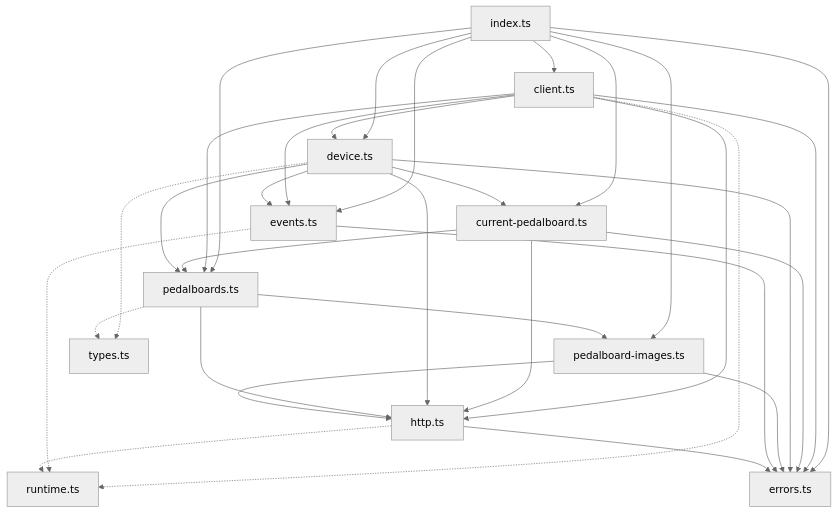
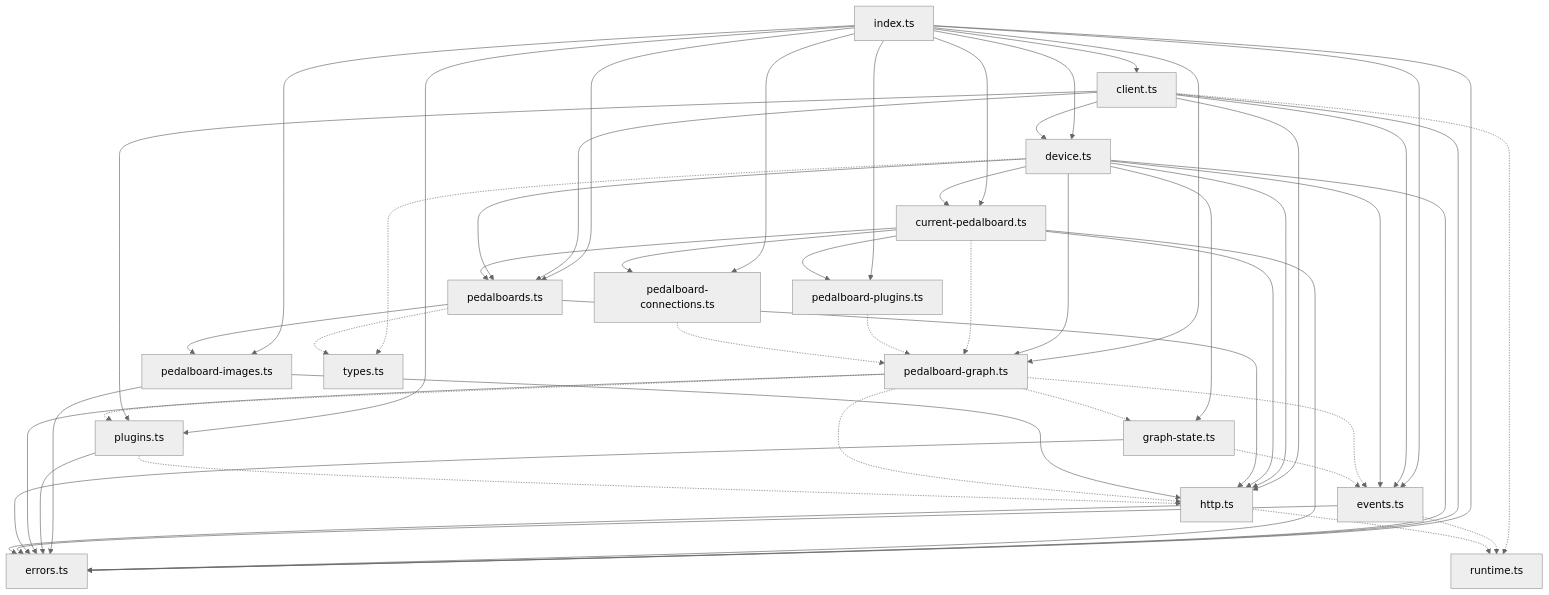
Before and after one commit to SrMouraSilva/mod-ui-old: the second of 13 diagrams in docs/modui-client.md, drawn with Mermaid (neutral theme). The commit also changed other lines of this file and 20 other files, not shown here.

First line of the commit message:
feat(modui-client): pedalboard graph (plugins, ports and connections)

````diff
--- a/docs/modui-client.md
+++ b/docs/modui-client.md
@@ -149,34 +222,43 @@
 ```mermaid
 flowchart TD
-  index[index.ts] --> client[client.ts]
-  index --> device
-  index --> current[current-pedalboard.ts]
-  index --> pedalboards
-  index --> events
-  index --> images[pedalboard-images.ts]
-  index --> errors
-  client --> device[device.ts]
-  client --> pedalboards[pedalboards.ts]
-  client --> events[events.ts]
-  client --> http[http.ts]
-  client --> errors[errors.ts]
-  device --> current
-  current --> http
-  current --> pedalboards
-  current --> errors
-  device --> events
-  device --> http
-  device --> pedalboards
-  device --> errors
-  pedalboards --> http
-  pedalboards --> images
-  images --> http
-  images --> errors
+  index["index.ts"]
+  client["client.ts"]
+  device["device.ts"]
+  current["current-pedalboard.ts"]
+  pedalboards["pedalboards.ts"]
+  images["pedalboard-images.ts"]
+  plugins["plugins.ts"]
+  pplugins["pedalboard-plugins.ts"]
+  pconn["pedalboard-connections.ts"]
+  pgraph["pedalboard-graph.ts"]
+  gstate["graph-state.ts"]
+  events["events.ts"]
+  http["http.ts"]
+  errors["errors.ts"]
+  runtime["runtime.ts"]
+  types["types.ts"]
+
+  index --> client & device & current & pedalboards & images & plugins & pplugins & pconn & pgraph & events & errors
+  client --> device & pedalboards & plugins & events & http & errors
+  device --> current & gstate & pgraph & events & http & pedalboards & errors
+  current --> pplugins & pconn & http & pedalboards & errors
+  pedalboards --> http & images
+  images --> http & errors
+  plugins --> errors
+  pgraph --> errors
+  gstate --> errors
   events --> errors
   http --> errors
-  client -.-> runtime[runtime.ts]
+
+  current -.-> pgraph
+  pplugins -.-> pgraph
+  pconn -.-> pgraph
+  pgraph -.-> http & events & gstate & plugins
+  gstate -.-> events
+  plugins -.-> http
+  client -.-> runtime
   events -.-> runtime
   http -.-> runtime
-  device -.-> types[types.ts]
+  device -.-> types
   pedalboards -.-> types
 ```
````
